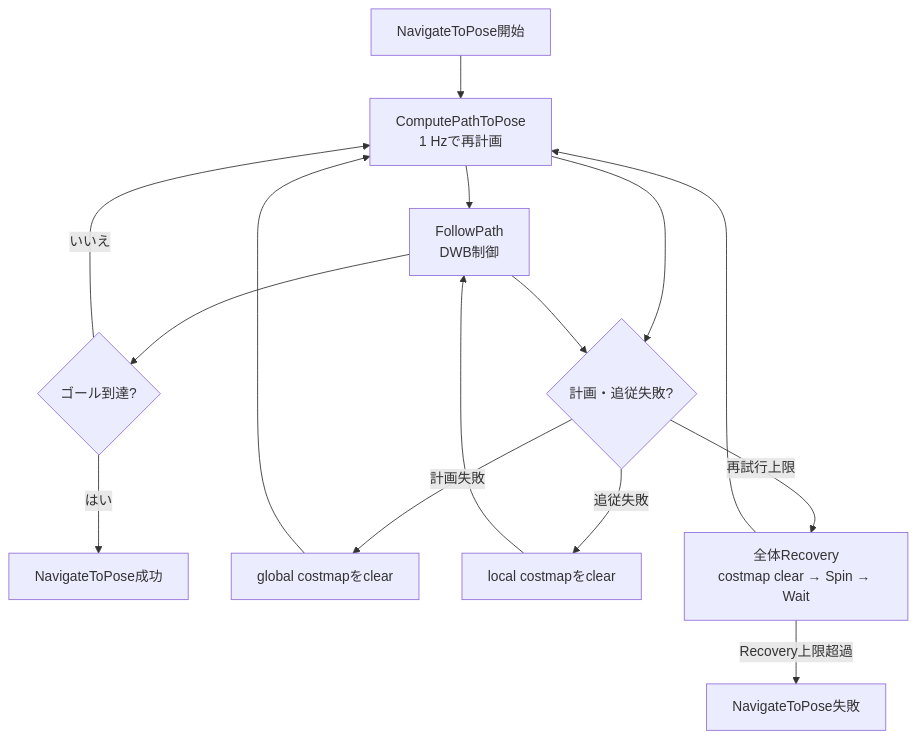
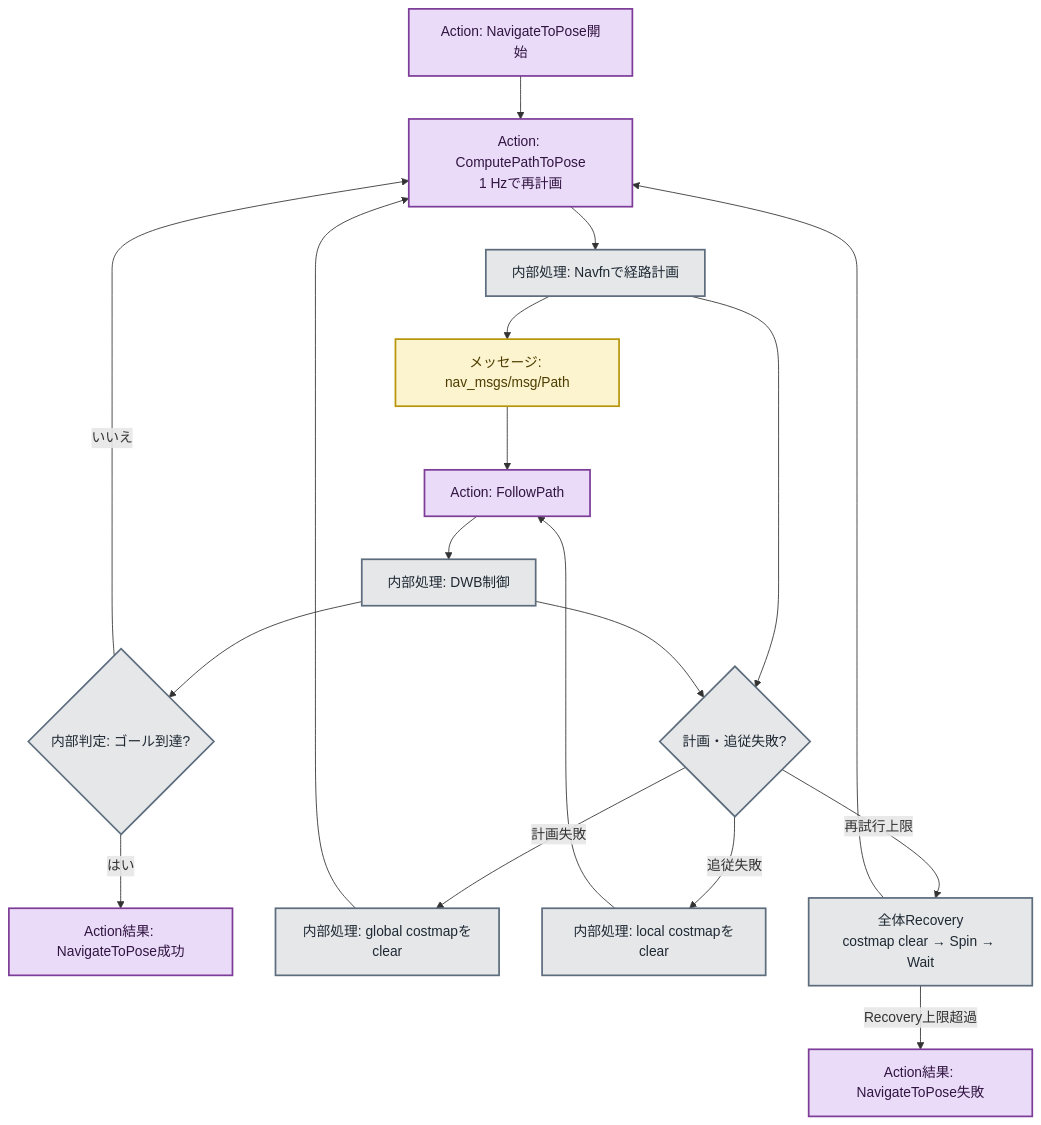
One commit to katoko137/inu changed the fifth of 5 diagrams in navigaion/nav2_go2_goal_flow.md. Above: the diagram before and after it, drawn with Mermaid. The commit also changed other lines of this file, not shown here.

````diff
--- a/navigaion/nav2_go2_goal_flow.md
+++ b/navigaion/nav2_go2_goal_flow.md
@@ -247,29 +361,43 @@
 ```mermaid
 flowchart TD
-    START["NavigateToPose開始"]
-    PLAN["ComputePathToPose<br/>1 Hzで再計画"]
-    FOLLOW["FollowPath<br/>DWB制御"]
-    CHECK{"ゴール到達?"}
-    DONE["NavigateToPose成功"]
+    START["Action: NavigateToPose開始"]
+    PLAN["Action: ComputePathToPose<br/>1 Hzで再計画"]
+    PLAN_PROCESS["内部処理: Navfnで経路計画"]
+    PATH_DATA["メッセージ: nav_msgs/msg/Path"]
+    FOLLOW["Action: FollowPath"]
+    CONTROL["内部処理: DWB制御"]
+    CHECK{"内部判定: ゴール到達?"}
+    DONE["Action結果: NavigateToPose成功"]
     FAIL{"計画・追従失敗?"}
-    CLEAR_G["global costmapをclear"]
-    CLEAR_L["local costmapをclear"]
+    CLEAR_G["内部処理: global costmapをclear"]
+    CLEAR_L["内部処理: local costmapをclear"]
     RECOVERY["全体Recovery<br/>costmap clear → Spin → Wait"]
-    ABORT["NavigateToPose失敗"]
+    ABORT["Action結果: NavigateToPose失敗"]
 
     START --> PLAN
-    PLAN --> FOLLOW
-    FOLLOW --> CHECK
+    PLAN --> PLAN_PROCESS
+    PLAN_PROCESS --> PATH_DATA
+    PATH_DATA --> FOLLOW
+    FOLLOW --> CONTROL
+    CONTROL --> CHECK
     CHECK -->|いいえ| PLAN
     CHECK -->|はい| DONE
 
-    PLAN --> FAIL
-    FOLLOW --> FAIL
+    PLAN_PROCESS --> FAIL
+    CONTROL --> FAIL
     FAIL -->|計画失敗| CLEAR_G
     FAIL -->|追従失敗| CLEAR_L
     CLEAR_G --> PLAN
     CLEAR_L --> FOLLOW
     FAIL -->|再試行上限| RECOVERY
     RECOVERY --> PLAN
     RECOVERY -->|Recovery上限超過| ABORT
+
+    classDef rosMsg fill:#fcf3cf,stroke:#b7950b,color:#4d3d00,stroke-width:2px;
+    classDef rosAction fill:#eadcf8,stroke:#7d3c98,color:#321442,stroke-width:2px;
+    classDef process fill:#e5e7e9,stroke:#5d6d7e,color:#1f2933,stroke-width:2px;
+
+    class START,PLAN,FOLLOW,DONE,ABORT rosAction;
+    class PATH_DATA rosMsg;
+    class PLAN_PROCESS,CONTROL,CHECK,FAIL,CLEAR_G,CLEAR_L,RECOVERY process;
 ```
````
